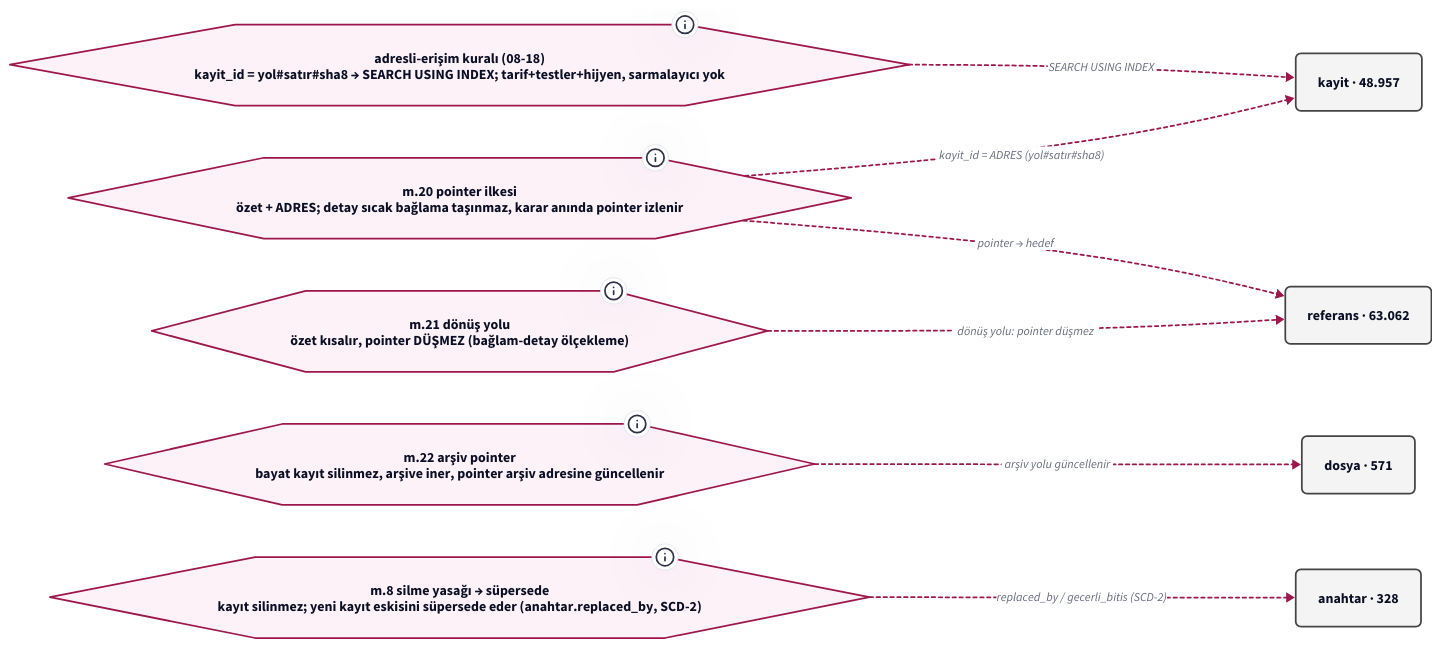
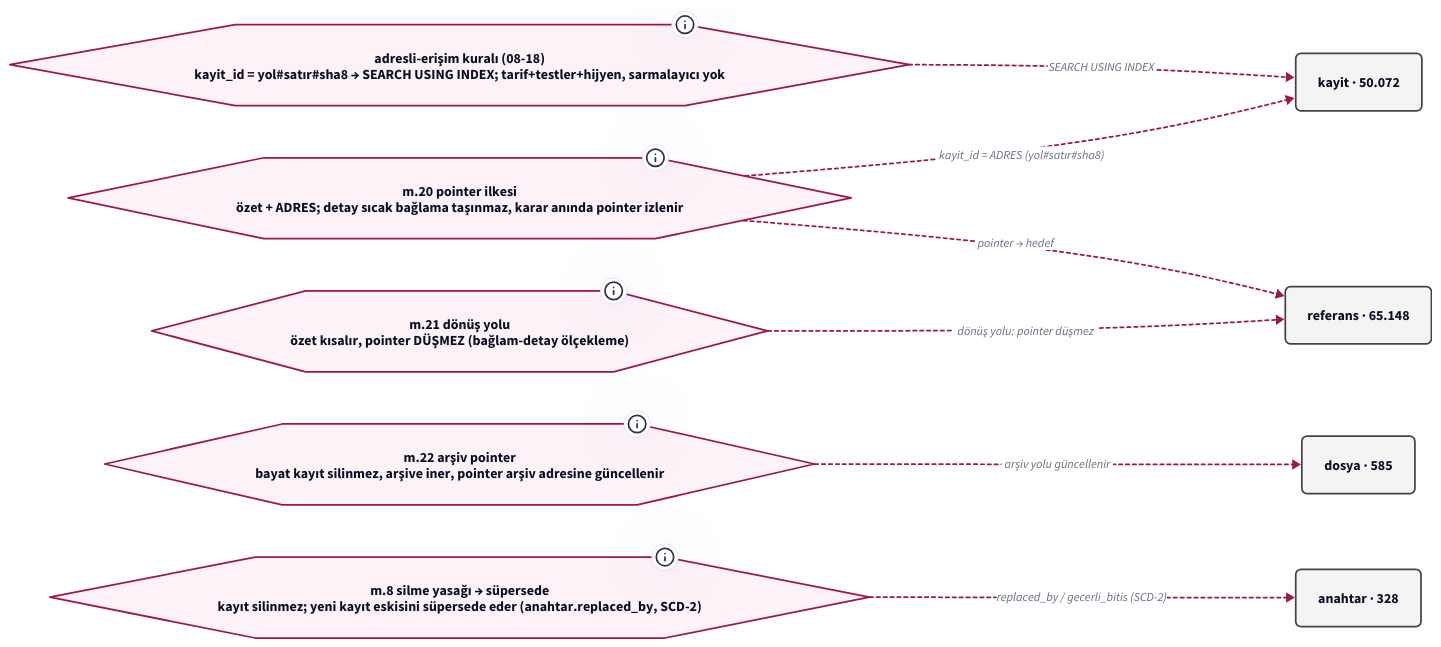
The diagram in graf/pointer-sistemi-v0-ilke.d2 (salihsahinin/sistem), drawn with D2 before and after one commit. The commit also changed 24 other files, not shown here.

```diff
--- a/graf/pointer-sistemi-v0-ilke.d2
+++ b/graf/pointer-sistemi-v0-ilke.d2
@@ -1,33 +1,33 @@
 # Jarvis POINTER SİSTEMİ — POINTER İLKESİ → MEKANİZMA (pano 3/4) (türetilmiş görünüm; ham kaynak silver/bronz)
-# üretici: tools/pointer-graf.py · silver 647d93c · HEAD 2836821 · d2 v0.8.1-HEAD · render: d2 --layout=elk (ELK bundled; TALA girmez; determinizm yerel sha256 ile ölçülür — Karar 65)
+# üretici: tools/pointer-graf.py · silver 9e78140 · HEAD 2928f84 · d2 v0.8.1-HEAD · render: d2 --layout=elk (ELK bundled; TALA girmez; determinizm yerel sha256 ile ölçülür — Karar 65)
 # içerik katmanı: düğüm/kenar = silver'dan script türetimi (LLM yazmaz); ilke/kronoloji = kanon SABİTİ (pointer'lı, script içinde); yorum katmanı = bu # satırları
 direction: right
 classes: {
   kutu: { style: { fill: "#F4F4F4"; stroke: "#444444"; font-size: 16; border-radius: 6 } }
   pointer: { style: { fill: "#E8F0FE"; stroke: "#1A56DB"; border-radius: 6 } }
   anahtar: { style: { fill: "#FFF4E5"; stroke: "#B45309"; border-radius: 6 } }
   hat: { style: { fill: "#ECFDF5"; stroke: "#047857"; bold: true; border-radius: 6 } }
   ilke: { shape: hexagon; style: { fill: "#FDF2F8"; stroke: "#9D174D" } }
   kron: { shape: page; style: { fill: "#FFFFFF"; stroke: "#6B7280" } }
   dis: { shape: cloud; style: { fill: "#FAFAFA"; stroke: "#9CA3AF" } }
   kirik: { style: { stroke: "#DC2626"; stroke-dash: 3; font-size: 14 } }
   supersede: { style: { stroke: "#B45309"; stroke-dash: 5 } }
   fk: { style: { stroke: "#444444"; font-size: 14 } }
   turetir: { style: { stroke: "#047857"; stroke-width: 3 } }
   uygular: { style: { stroke: "#9D174D"; stroke-dash: 2; font-size: 14 } }
 }
 adres: "adresli-erişim kuralı (08-18)\nkayit_id = yol#satır#sha8 → SEARCH USING INDEX; tarif+testler+hijyen, sarmalayıcı yok" { class: ilke; tooltip: "KILAVUZ.md tasarım-ilkeleri · kuyruk/senaryo-defteri.md Karar 62" }
 m20: "m.20 pointer ilkesi\nözet + ADRES; detay sıcak bağlama taşınmaz, karar anında pointer izlenir" { class: ilke; tooltip: "core/tuzuk-v0.md m.20 · wiki/pointer-sistemi.md" }
 m21: "m.21 dönüş yolu\nözet kısalır, pointer DÜŞMEZ (bağlam-detay ölçekleme)" { class: ilke; tooltip: "core/tuzuk-v0.md m.21" }
 m22: "m.22 arşiv pointer\nbayat kayıt silinmez, arşive iner, pointer arşiv adresine güncellenir" { class: ilke; tooltip: "core/tuzuk-v0.md m.22" }
 m8: "m.8 silme yasağı → süpersede\nkayıt silinmez; yeni kayıt eskisini süpersede eder (anahtar.replaced_by, SCD-2)" { class: ilke; tooltip: "core/tuzuk-v0.md m.8 · core/baglam-anahtar-kaydi.md §3" }
-kayit: "kayit · 48.957" { class: kutu }
-referans: "referans · 63.062" { class: kutu }
-dosya: "dosya · 571" { class: kutu }
+kayit: "kayit · 50.072" { class: kutu }
+referans: "referans · 65.148" { class: kutu }
+dosya: "dosya · 585" { class: kutu }
 anahtar: "anahtar · 328" { class: kutu }
 adres -> kayit: "SEARCH USING INDEX" { class: uygular }
 m20 -> kayit: "kayit_id = ADRES (yol#satır#sha8)" { class: uygular }
 m20 -> referans: "pointer → hedef" { class: uygular }
 m21 -> referans: "dönüş yolu: pointer düşmez" { class: uygular }
 m22 -> dosya: "arşiv yolu güncellenir" { class: uygular }
 m8 -> anahtar: "replaced_by / gecerli_bitis (SCD-2)" { class: uygular }
```
